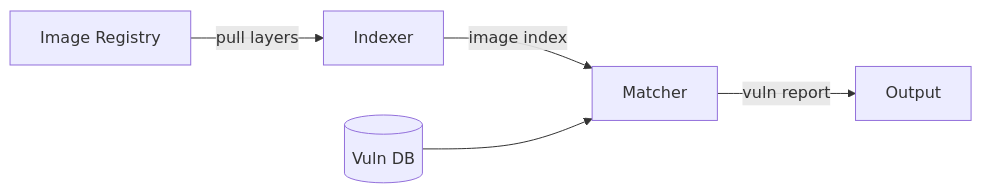
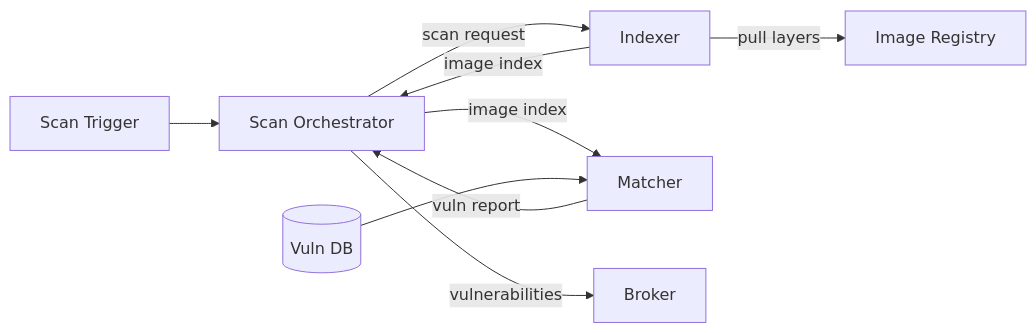
Before and after one commit to kylape/acs-next: the first of 4 diagrams in docs/architecture/components/scanner.md, drawn with Mermaid. The commit also changed other lines of this file and 7 other files, not shown here.

````diff
--- a/docs/architecture/components/scanner.md
+++ b/docs/architecture/components/scanner.md
@@ -24,7 +31,11 @@
 ```mermaid
 graph LR
-    Registry[Image Registry] -->|pull layers| Indexer
-    Indexer -->|image index| Matcher
-    Matcher -->|vuln report| Output[Output]
+    Trigger[Scan Trigger] --> Orch[Scan Orchestrator]
+    Orch -->|scan request| Indexer
+    Indexer -->|pull layers| Registry[Image Registry]
+    Indexer -->|image index| Orch
+    Orch -->|image index| Matcher
+    Matcher -->|vuln report| Orch
     VulnDB[(Vuln DB)] --> Matcher
+    Orch -->|vulnerabilities| Broker
 ```
````
